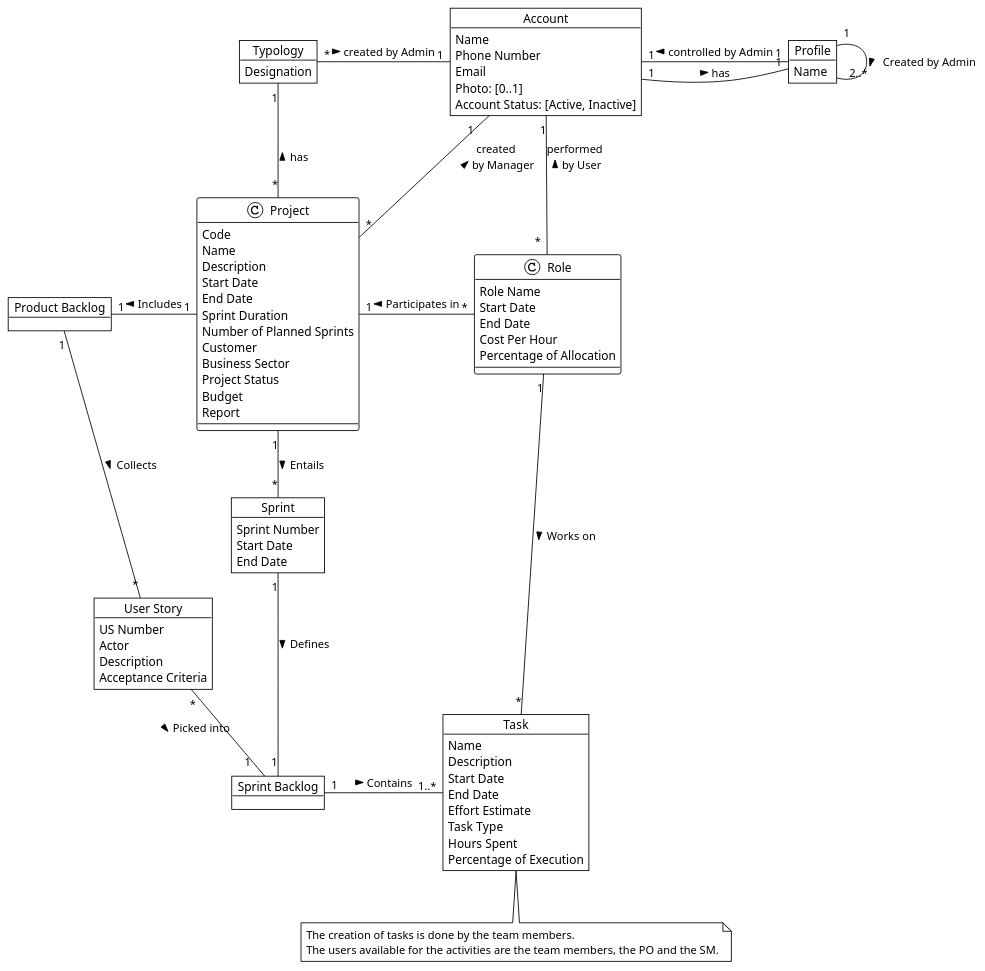
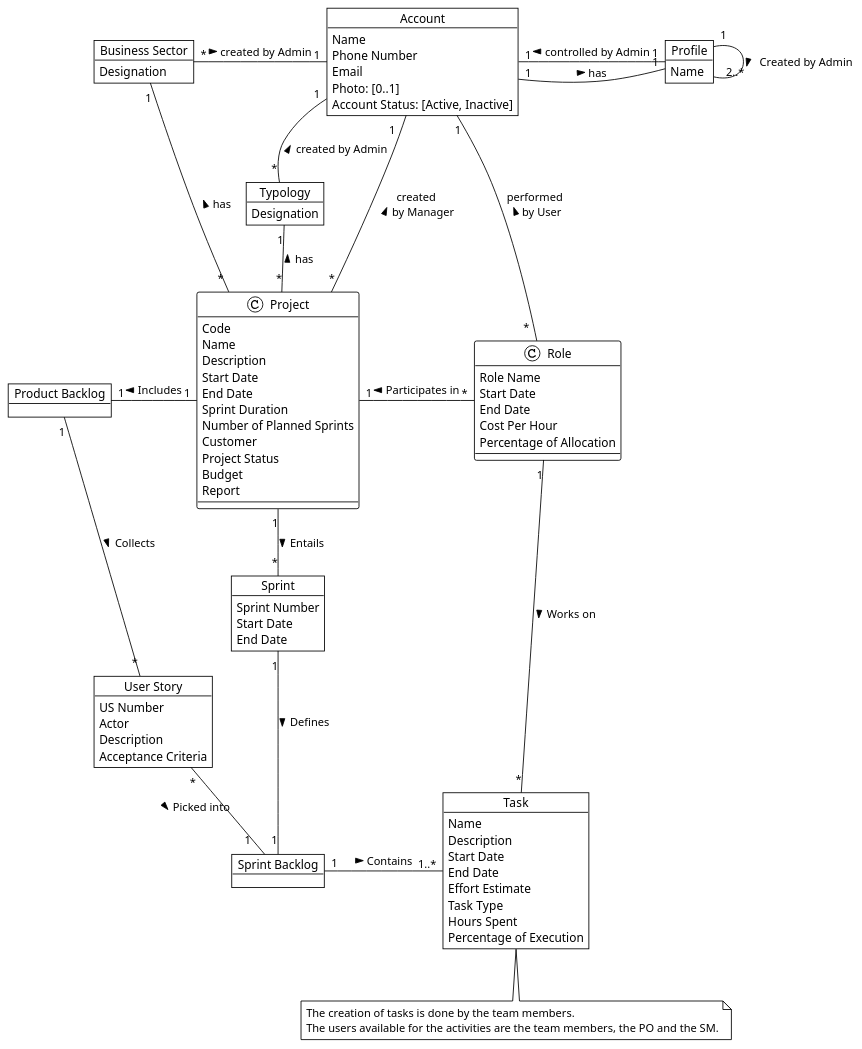
Before and after one commit to ivo-menezes/project_g3: the diagram in docs/modelling_design/domain_model_diagram/domain_model_diagram.puml, drawn with PlantUML.

Commit message:
Domain Model : Analysis : Added Business Sector Entity

```diff
--- a/docs/modelling_design/domain_model_diagram/domain_model_diagram.puml
+++ b/docs/modelling_design/domain_model_diagram/domain_model_diagram.puml
@@ -1,123 +1,128 @@
 @startuml
 !theme plain
 
 '--- part relevant to sprint 1
 
 Object Account {
 Name
 Phone Number
 Email
 Photo: [0..1]
 Account Status: [Active, Inactive]
 }
 
 Object Profile {
 Name
 }
 
 'together {
 'Object Administrator
 'Object Manager
 'Object User
 '}
 
 'Account <|-- Administrator
 'Account <|-- Manager
 'Account <|-- User
 Account "1"-right- "   1" Profile : has >
 Account "1"-- "1" Profile : controlled by Admin <
 Account "1   " -- "*" Project : created \n by Manager <
 Account "1" -- " *  " Role : performed \n by User <
 'Profile"1" -- "*"Account : controlled by \n administrator <
 'Profile "1"-- "*"Project : created by Manager <
 'Profile"1" -- "*"User : performed by User <
 
 Object Typology {
 Designation
 }
 
-Account "1" -left- "*" Typology : created by Admin <
+Account "1" -- "*" Typology : created by Admin <
 Typology "1" -- "*" Project : has <
 
+Object "Business Sector" as BS {
+Designation
+}
+
+Account "1" -left- "*" BS : created by Admin <
+BS "1" -- "                               *" Project : has <
 
 Object Project {
 Code
 Name
 Description
 Start Date
 End Date
 Sprint Duration
 Number of Planned Sprints
 Customer
-Business Sector
 Project Status
 Budget
 ' Report could be its own conceptual class but we are not modelling with detail yet
 Report
 }
 
 ' following the Association Class Role pattern (Fig.11) from "Modeling Roles"
 ' Role attributes does not include Project Code because Larman says to avoid attributes that are like "foreign keys" (p.126)
 Object Role {
 Role Name
 Start Date
 End Date
 Cost Per Hour
 Percentage of Allocation
 }
 
 ' here "Controls" includes "creates,lists,changes profile, activates, inactivates"
 ' following Larman p.113 to be parsimonious about associations
 'Administrator "1" -up- "*" Account : Controls >
 'Manager "1" -down- "*" Project : Manages >
 'User "1" -down- "*" Role: Performs >
 Role "*" -left- "1" Project: Participates in >
 
 
 '--- additional stuff, not much detail for sprint 1
 ' put enduml tag before this comment to shorten diagram
 Object "Product Backlog" as PB
 
 Object "User Story" as US {
 US Number
 Actor
 Description
 Acceptance Criteria
 }
 
 Object Sprint {
 Sprint Number
 Start Date
 End Date
 }
 
 Object "Sprint Backlog" as SB
 
 Object Task {
 Name
 Description
 Start Date
 End Date
 Effort Estimate
 Task Type
 Hours Spent
 Percentage of Execution
 }
 
 
 Profile "1" -down- "  2..*" Profile: Created by Admin >
 Project "1" -down- "*" Sprint: Entails >
 Project "1" -left- "1" PB: Includes >
 PB "1" -down- "*" US: Collects >
 Sprint "1" -down- "1" SB: Defines >
 US "*" -right- "                      1" SB: Picked into >
 
 SB "1" -right- "   1..*" Task: Contains >
 Role "1" -down- "*" Task: Works on >
 'note on link: The creation of tasks is done by the team members.\nThe users available for the activities are the team members, the PO and the SM.
 
 
 note "The creation of tasks is done by the team members.\nThe users available for the activities are the team members, the PO and the SM." as N1
 Task .down. N1
 
 @enduml
```
